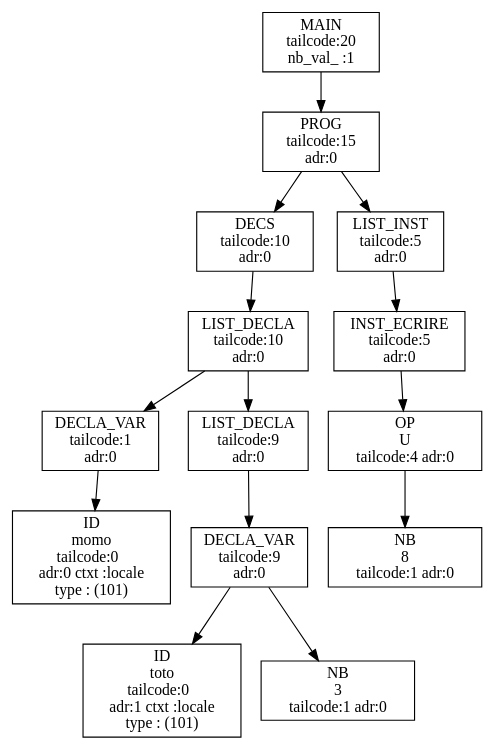
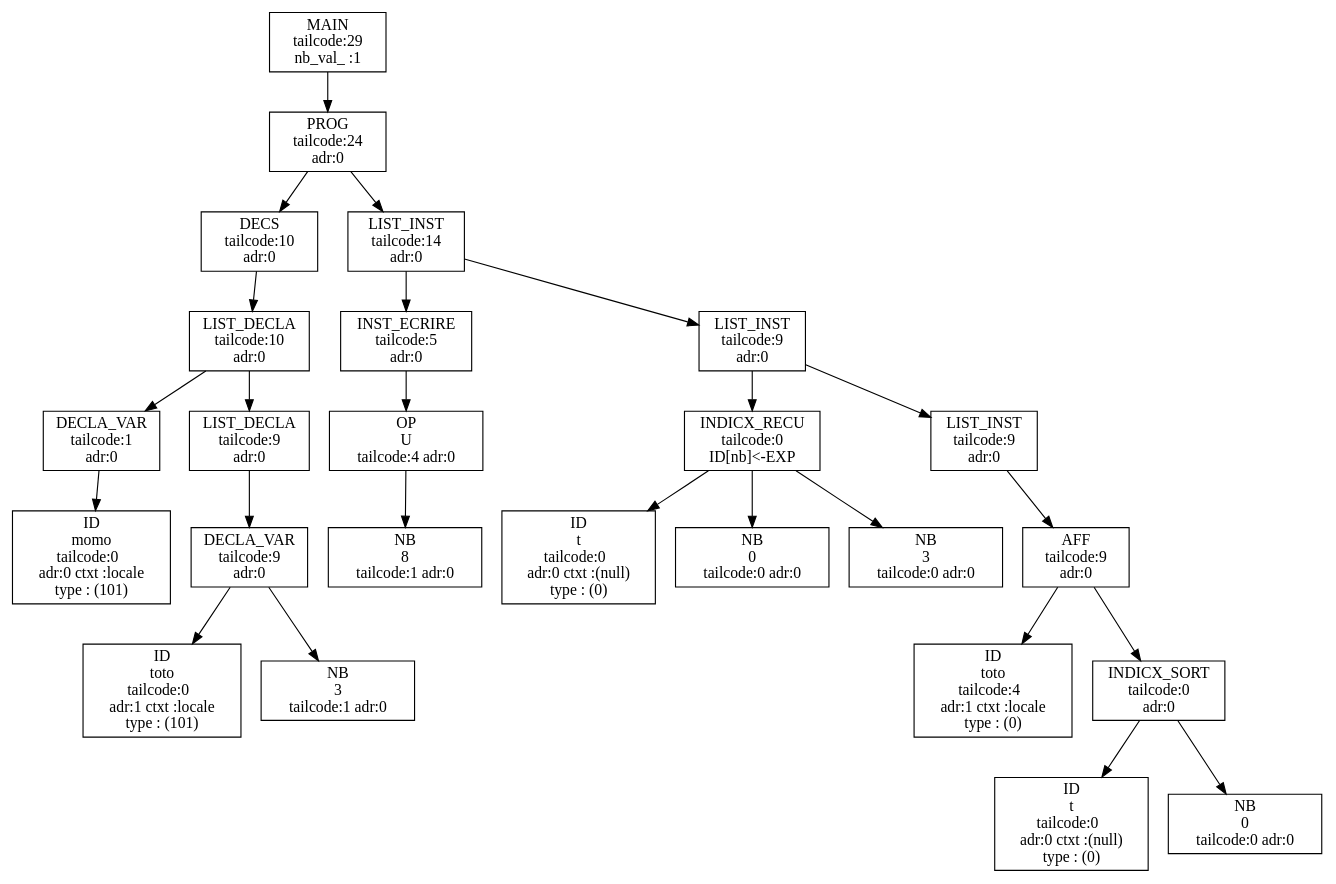
The diagram in out/output.dot (aswailem195/Projet-ARC--Algo-RAM-Compiler--20231213), drawn with Graphviz before and after one commit. The commit also changed 10 other files, not shown here.

```diff
--- a/out/output.dot
+++ b/out/output.dot
@@ -1,56 +1,100 @@
 digraph ASA {
-node0x558bf71adb00 [label="MAIN
- tailcode:20 
+node0x563851e02e70 [label="MAIN
+ tailcode:29 
  nb_val_ :1 \n", shape=box];
-node0x558bf71adb00 -> node0x558bf71adab0;
-node0x558bf71adab0 [label="PROG
- tailcode:15 
+node0x563851e02e70 -> node0x563851e02e20;
+node0x563851e02e20 [label="PROG
+ tailcode:24 
  adr:0 \n", shape=box];
-node0x558bf71adab0 -> node0x558bf71ad920;
-node0x558bf71ad920 [label="DECS
+node0x563851e02e20 -> node0x563851e02920;
+node0x563851e02920 [label="DECS
  tailcode:10 
  adr:0 \n", shape=box];
-node0x558bf71ad920 -> node0x558bf71ad8d0;
-node0x558bf71ad8d0 [label="LIST_DECLA
+node0x563851e02920 -> node0x563851e028d0;
+node0x563851e028d0 [label="LIST_DECLA
  tailcode:10 
  adr:0 \n", shape=box];
-node0x558bf71ad8d0 -> node0x558bf71ad6f0;
-node0x558bf71ad6f0 [label="DECLA_VAR
+node0x563851e028d0 -> node0x563851e026f0;
+node0x563851e026f0 [label="DECLA_VAR
  tailcode:1 
  adr:0 \n", shape=box];
-node0x558bf71ad6f0 -> node0x558bf71ad740;
-node0x558bf71ad740 [label="ID\nmomo
+node0x563851e026f0 -> node0x563851e02740;
+node0x563851e02740 [label="ID\nmomo
  tailcode:0  
  adr:0 ctxt :locale
  type : (101) \n", shape=box];
-node0x558bf71ad8d0 -> node0x558bf71ad880;
-node0x558bf71ad880 [label="LIST_DECLA
+node0x563851e028d0 -> node0x563851e02880;
+node0x563851e02880 [label="LIST_DECLA
  tailcode:9 
  adr:0 \n", shape=box];
-node0x558bf71ad880 -> node0x558bf71ad7e0;
-node0x558bf71ad7e0 [label="DECLA_VAR
+node0x563851e02880 -> node0x563851e027e0;
+node0x563851e027e0 [label="DECLA_VAR
  tailcode:9 
  adr:0 \n", shape=box];
-node0x558bf71ad7e0 -> node0x558bf71ad830;
-node0x558bf71ad830 [label="ID\ntoto
+node0x563851e027e0 -> node0x563851e02830;
+node0x563851e02830 [label="ID\ntoto
  tailcode:0  
  adr:1 ctxt :locale
  type : (101) \n", shape=box];
-node0x558bf71ad7e0 -> node0x558bf71ad790;
-node0x558bf71ad790 [label="NB\n3 
+node0x563851e027e0 -> node0x563851e02790;
+node0x563851e02790 [label="NB\n3 
  tailcode:1 adr:0 \n", shape=box];
-node0x558bf71adab0 -> node0x558bf71ada60;
-node0x558bf71ada60 [label="LIST_INST
+node0x563851e02e20 -> node0x563851e02dd0;
+node0x563851e02dd0 [label="LIST_INST
+ tailcode:14 
+ adr:0 \n", shape=box];
+node0x563851e02dd0 -> node0x563851e02a10;
+node0x563851e02a10 [label="INST_ECRIRE
  tailcode:5 
  adr:0 \n", shape=box];
-node0x558bf71ada60 -> node0x558bf71ada10;
-node0x558bf71ada10 [label="INST_ECRIRE
- tailcode:5 
+node0x563851e02a10 -> node0x563851e029c0;
+node0x563851e029c0 [label="OP\nU 
+ tailcode:4 adr:0 \n", shape=box];
+node0x563851e029c0 -> node0x563851e02970;
+node0x563851e02970 [label="NB\n8 
+ tailcode:1 adr:0 \n", shape=box];
+node0x563851e02dd0 -> node0x563851e02d80;
+node0x563851e02d80 [label="LIST_INST
+ tailcode:9 
  adr:0 \n", shape=box];
-node0x558bf71ada10 -> node0x558bf71ad9c0;
-node0x558bf71ad9c0 [label="OP\nU 
- tailcode:4 adr:0 \n", shape=box];
-node0x558bf71ad9c0 -> node0x558bf71ad970;
-node0x558bf71ad970 [label="NB\n8 
- tailcode:1 adr:0 \n", shape=box];
+node0x563851e02d80 -> node0x563851e02b00;
+node0x563851e02b00 [label="INDICX_RECU
+ tailcode:0 
+ ID[nb]<-EXP \n", shape=box];
+node0x563851e02b00 -> node0x563851e02b50;
+node0x563851e02b50 [label="ID\nt
+ tailcode:0  
+ adr:0 ctxt :(null)
+ type : (0) \n", shape=box];
+node0x563851e02b00 -> node0x563851e02a60;
+node0x563851e02a60 [label="NB\n0 
+ tailcode:0 adr:0 \n", shape=box];
+node0x563851e02b00 -> node0x563851e02ab0;
+node0x563851e02ab0 [label="NB\n3 
+ tailcode:0 adr:0 \n", shape=box];
+node0x563851e02d80 -> node0x563851e02d30;
+node0x563851e02d30 [label="LIST_INST
+ tailcode:9 
+ adr:0 \n", shape=box];
+node0x563851e02d30 -> node0x563851e02c90;
+node0x563851e02c90 [label="AFF
+ tailcode:9 
+ adr:0 \n", shape=box];
+node0x563851e02c90 -> node0x563851e02ce0;
+node0x563851e02ce0 [label="ID\ntoto
+ tailcode:4  
+ adr:1 ctxt :locale
+ type : (0) \n", shape=box];
+node0x563851e02c90 -> node0x563851e02bf0;
+node0x563851e02bf0 [label="INDICX_SORT
+ tailcode:0 
+ adr:0 \n", shape=box];
+node0x563851e02bf0 -> node0x563851e02c40;
+node0x563851e02c40 [label="ID\nt
+ tailcode:0  
+ adr:0 ctxt :(null)
+ type : (0) \n", shape=box];
+node0x563851e02bf0 -> node0x563851e02ba0;
+node0x563851e02ba0 [label="NB\n0 
+ tailcode:0 adr:0 \n", shape=box];
 }
```
